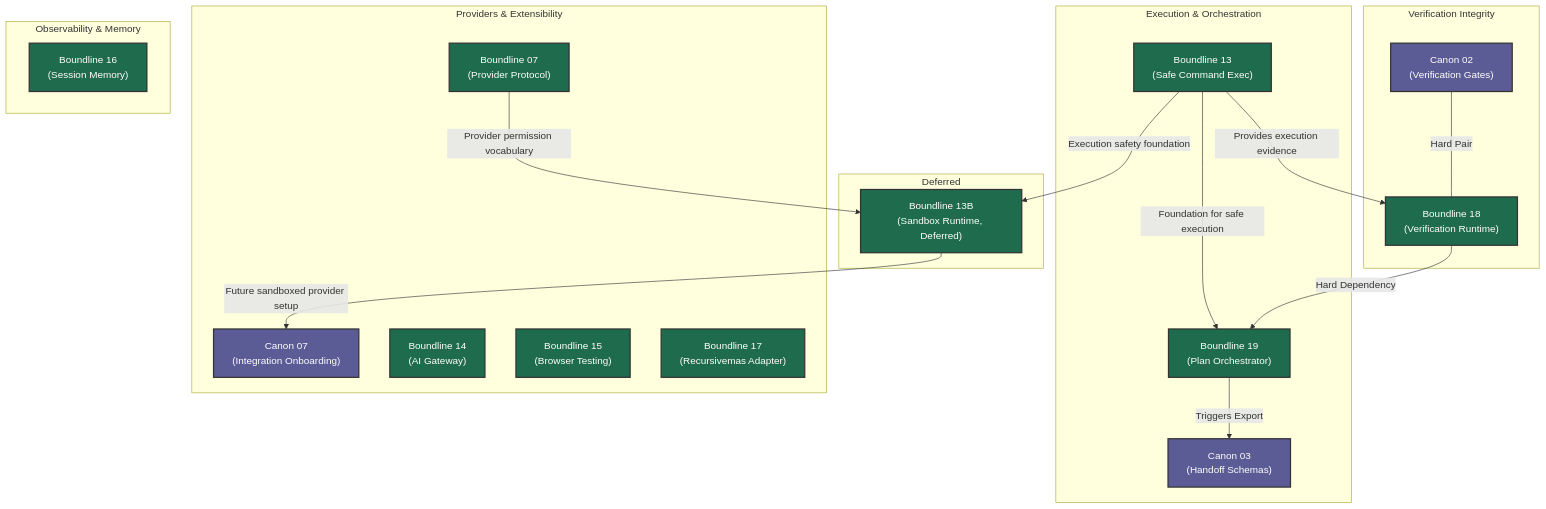
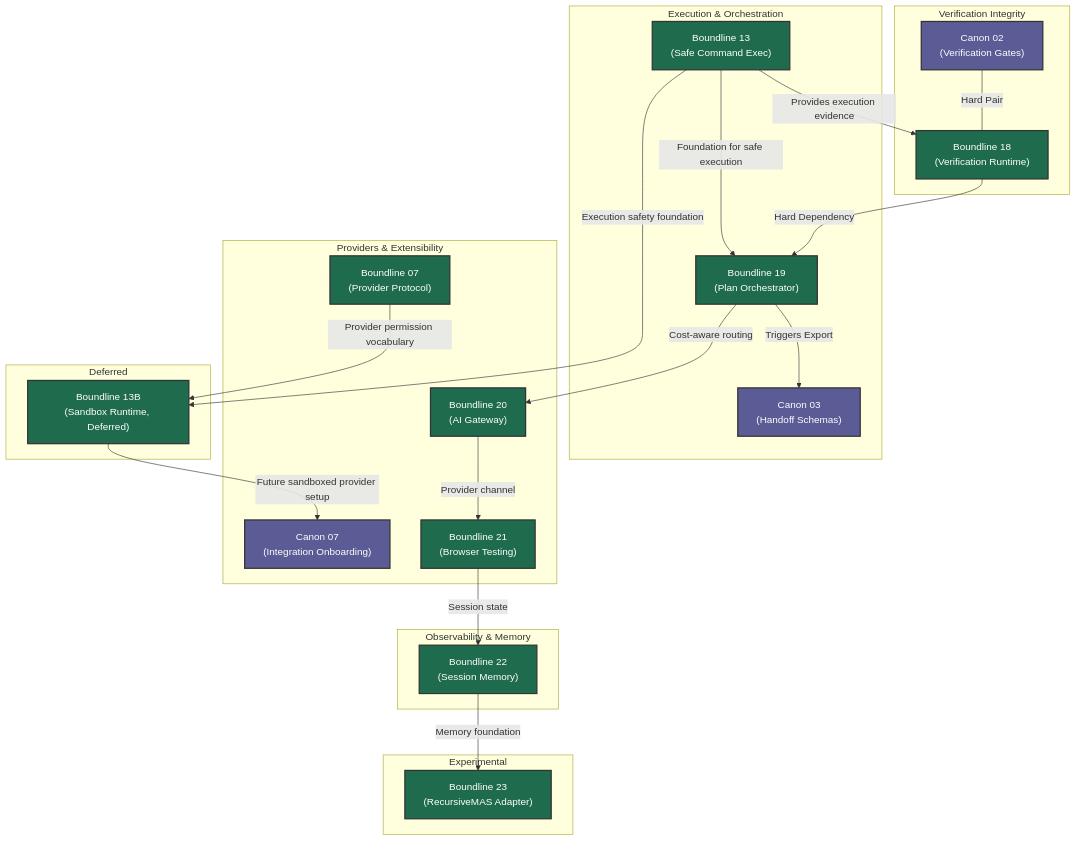
The diagram in roadmap/joint-roadmap-graph.md (apply-the/boundline), drawn with Mermaid before and after one commit. The commit also changed other lines of this file and 138 other files, not shown here.

````diff
--- a/roadmap/joint-roadmap-graph.md
+++ b/roadmap/joint-roadmap-graph.md
@@ -7,44 +7,51 @@
 ```mermaid
 flowchart TD
     %% Styling
     classDef canon fill:#5b5b95,stroke:#333,stroke-width:2px,color:#fff
     classDef boundline fill:#1f6b4e,stroke:#333,stroke-width:2px,color:#fff
 
     subgraph Verification Integrity
         C02["Canon 02<br/>(Verification Gates)"]:::canon
         B18["Boundline 18<br/>(Verification Runtime)"]:::boundline
     end
 
     subgraph Execution & Orchestration
         B13["Boundline 13<br/>(Safe Command Exec)"]:::boundline
         B19["Boundline 19<br/>(Plan Orchestrator)"]:::boundline
         C03["Canon 03<br/>(Handoff Schemas)"]:::canon
     end
 
     subgraph Providers & Extensibility
         B07["Boundline 07<br/>(Provider Protocol)"]:::boundline
         C07["Canon 07<br/>(Integration Onboarding)"]:::canon
-        B14["Boundline 14<br/>(AI Gateway)"]:::boundline
-        B15["Boundline 15<br/>(Browser Testing)"]:::boundline
-        B17["Boundline 17<br/>(Recursivemas Adapter)"]:::boundline
+        B20["Boundline 20<br/>(AI Gateway)"]:::boundline
+        B21["Boundline 21<br/>(Browser Testing)"]:::boundline
     end
 
     subgraph Deferred
         B13B["Boundline 13B<br/>(Sandbox Runtime, Deferred)"]:::boundline
     end
 
     subgraph Observability & Memory
-        B16["Boundline 16<br/>(Session Memory)"]:::boundline
+        B22["Boundline 22<br/>(Session Memory)"]:::boundline
+    end
+
+    subgraph Experimental
+        B23["Boundline 23<br/>(RecursiveMAS Adapter)"]:::boundline
     end
 
     %% Key Dependencies
     C02 ---|Hard Pair| B18
     B13 -->|Provides execution evidence| B18
     B18 -->|Hard Dependency| B19
     B13 -->|Foundation for safe execution| B19
     B19 -->|Triggers Export| C03
+    B19 -->|Cost-aware routing| B20
+    B20 -->|Provider channel| B21
+    B21 -->|Session state| B22
+    B22 -->|Memory foundation| B23
 
     B07 -->|Provider permission vocabulary| B13B
     B13 -->|Execution safety foundation| B13B
-    B13B -->|Future sandboxed provider setup| C07    
+    B13B -->|Future sandboxed provider setup| C07
 ```
````
